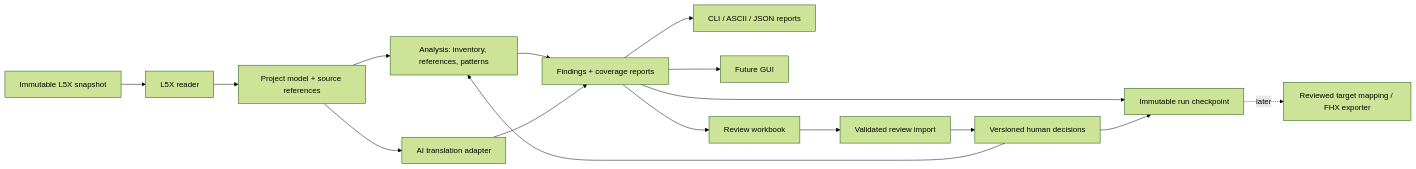
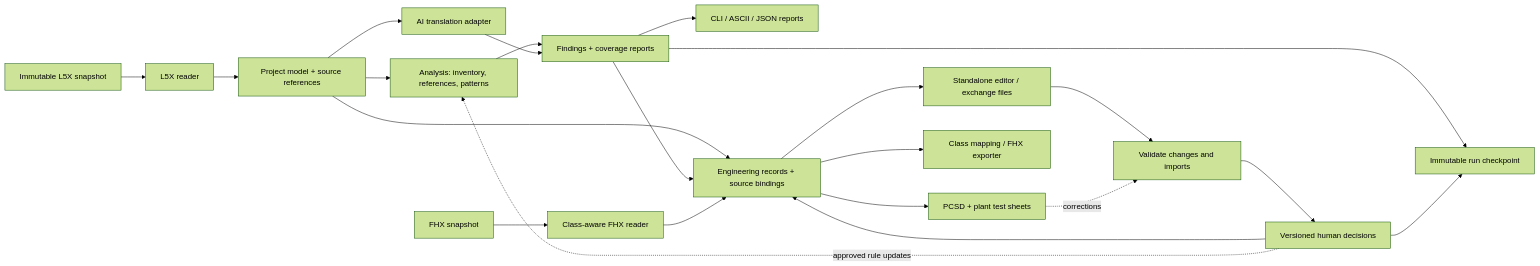
One commit to tdrummond91/plc-to-deltav-migration changed the diagram in public/docs/planning/ARCHITECTURE.md. Above: the diagram before and after it, drawn with Mermaid (forest theme). The commit also changed other lines of this file and 85 other files, not shown here.

````diff
--- a/public/docs/planning/ARCHITECTURE.md
+++ b/public/docs/planning/ARCHITECTURE.md
@@ -9,18 +9,24 @@
 ```mermaid
 flowchart LR
   S["Immutable L5X snapshot"] --> R["L5X reader"]
   R --> M["Project model + source references"]
   M --> A["Analysis: inventory, references, patterns"]
   A --> F["Findings + coverage reports"]
   F --> CLI["CLI / ASCII / JSON reports"]
-  F --> GUI["Future GUI"]
-  F --> X["Review workbook"]
-  X --> V["Validated review import"]
+  M --> E["Engineering records + source bindings"]
+  F --> E
+  E --> GUI["Standalone editor / exchange files"]
+  GUI --> V["Validate changes and imports"]
   V --> D["Versioned human decisions"]
-  D --> A
+  D --> E
+  D -. approved rule updates .-> A
   M --> T["AI translation adapter"]
   T --> F
   F --> K["Immutable run checkpoint"]
   D --> K
-  K -. later .-> C["Reviewed target mapping / FHX exporter"]
+  E --> P["PCSD + plant test sheets"]
+  P -. corrections .-> V
+  E --> C["Class mapping / FHX exporter"]
+  I["FHX snapshot"] --> IR["Class-aware FHX reader"]
+  IR --> E
 ```
````
